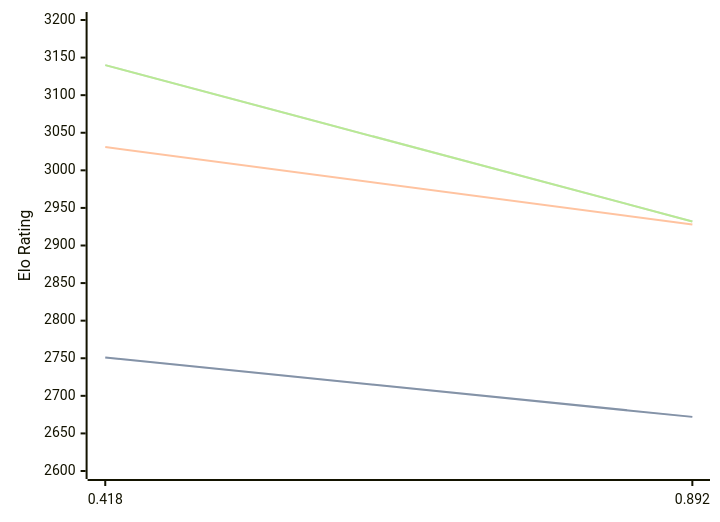
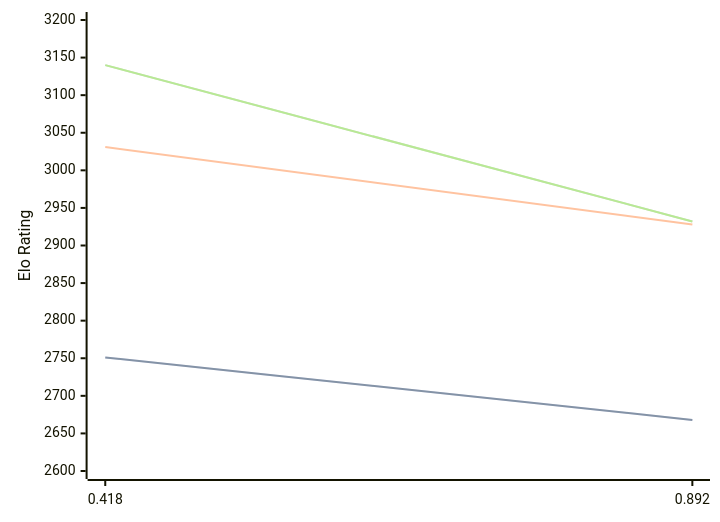
The diagram in engines/Malika.md (computer-chess-index/cci), drawn with Mermaid before and after one commit. The commit also changed other lines of this file, not shown here.

Commit message:
Update CCI Ratings (ELO VLTC) - 2026-03-15

````diff
--- a/engines/Malika.md
+++ b/engines/Malika.md
@@ -30,11 +30,11 @@
 ```mermaid
 %%{init: {"theme":"base","themeVariables":{"seriesColors:['#a3a3a3','#222221','#faa371']}}}%%
 xychart-beta
   x-axis ["0.418", "0.892"]
   y-axis "Elo Rating" 2600 --> 3200
-  line "STC (8.0+0.08s)" [2751, 2672]
-  line "STC (8.0+0.08s)" [2751, 2672]
+  line "STC (8.0+0.08s)" [2751, 2668]
+  line "STC (8.0+0.08s)" [2751, 2668]
   line "LTC (60.0+0.60s)" [3031, 2928]
   line "VLTC (2m24s+1.12s)" [3140, 2932]
   line "VLTC (2m24s+1.12s)" [3140, 2932]
 ```
````
